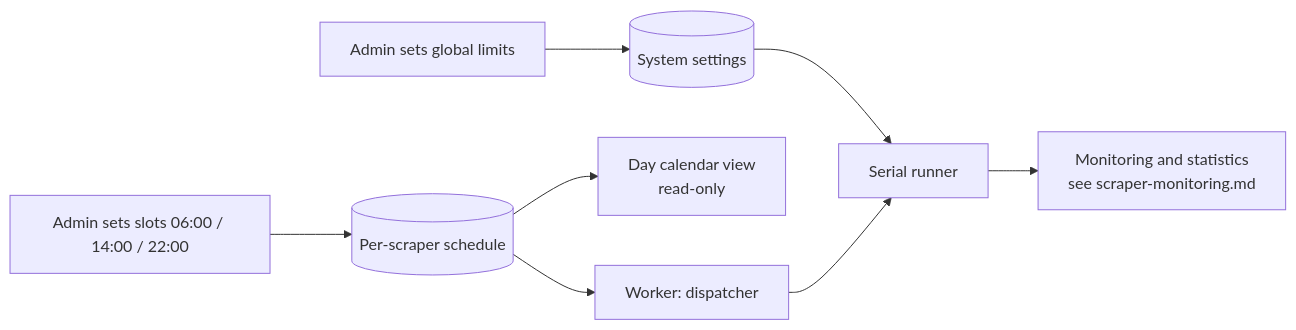
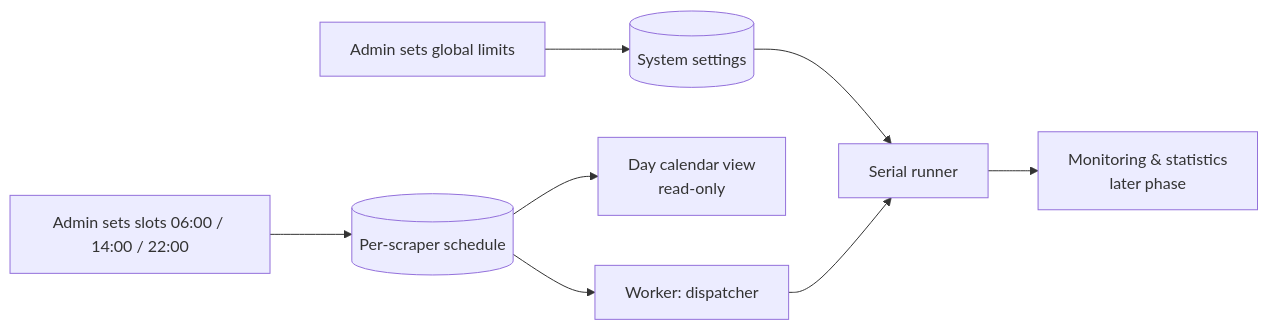
One commit to caporalesimone/watch-em-all changed the second of 2 diagrams in docs/3-features/admin/scraper-scheduling-and-limits.md. Above: the diagram before and after it, drawn with Mermaid. The commit also changed other lines of this file and 9 other files, not shown here.

````diff
--- a/docs/3-features/admin/scraper-scheduling-and-limits.md
+++ b/docs/3-features/admin/scraper-scheduling-and-limits.md
@@ -51,10 +51,10 @@
 ```mermaid
 flowchart LR
     A[Admin sets slots 06:00 / 14:00 / 22:00] --> S[(Per-scraper schedule)]
     G[Admin sets global limits] --> SET[(System settings)]
     S --> CAL[Day calendar view<br/>read-only]
     S --> W[Worker: dispatcher]
     SET --> P[Serial runner]
     W --> P
-    P --> M[Monitoring and statistics<br/>see scraper-monitoring.md]
+    P --> M[Monitoring & statistics<br/>later phase]
 ```
````
